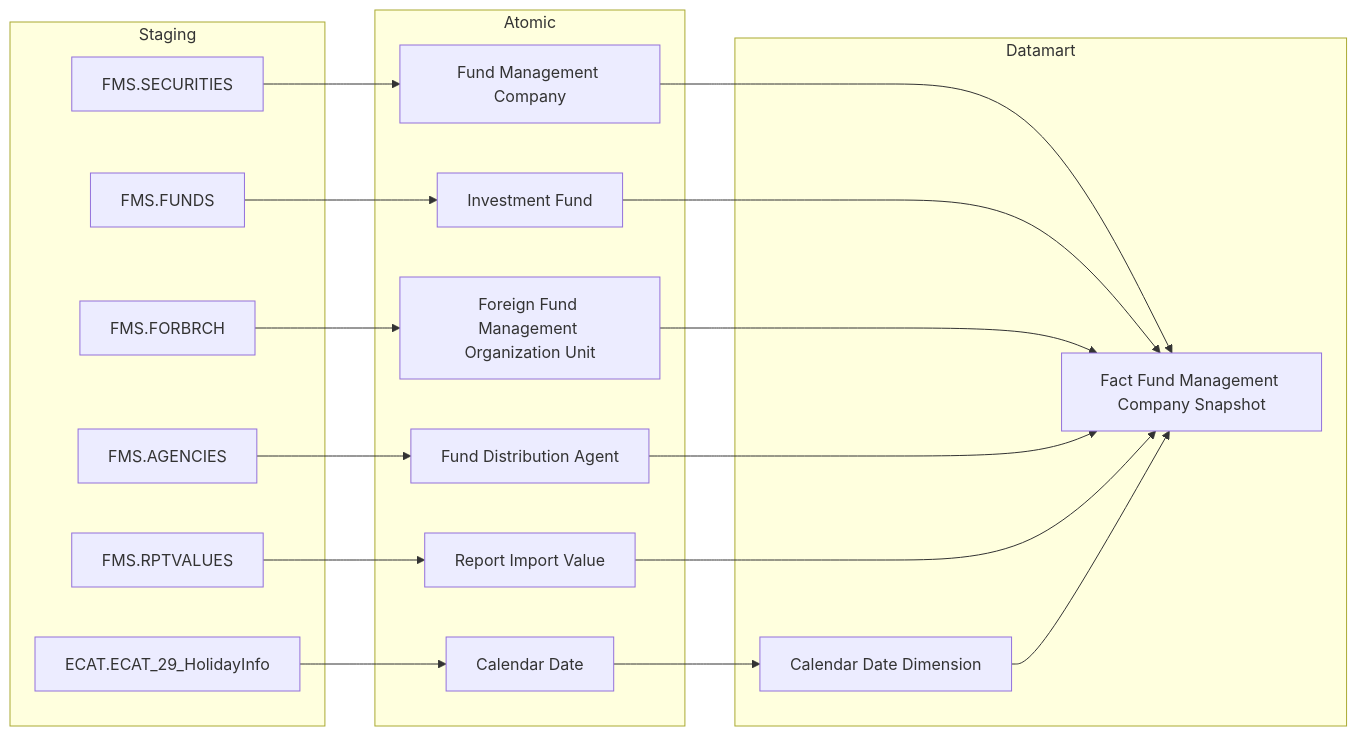
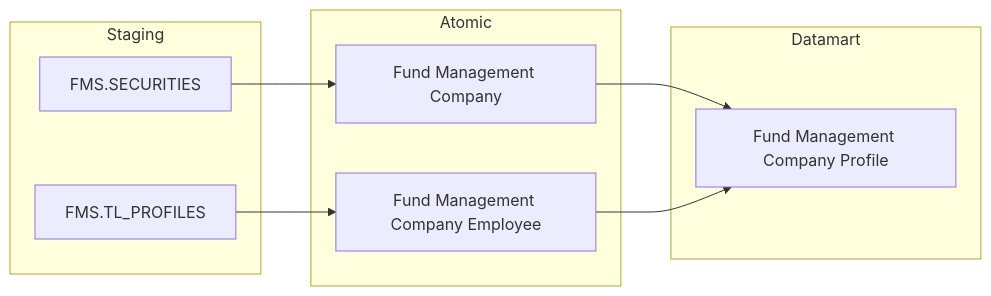
Before and after one commit to linhlvit/ubck_atomic_design: the first of 37 diagrams in Datamart/hld/DTM_FMS_HLD.md, drawn with Mermaid. The commit also changed other lines of this file and 5 other files, not shown here.

````diff
--- a/Datamart/hld/DTM_FMS_HLD.md
+++ b/Datamart/hld/DTM_FMS_HLD.md
@@ -13,41 +13,22 @@
 ```mermaid
 flowchart LR
     subgraph SRC["Staging"]
         FMS_SECURITIES["FMS.SECURITIES"]
-        FMS_FUNDS["FMS.FUNDS"]
-        FMS_FORBRCH["FMS.FORBRCH"]
-        FMS_AGENCIES["FMS.AGENCIES"]
-        FMS_RPTVALUES["FMS.RPTVALUES"]
-        ECAT_ECAT_29_HolidayInfo["ECAT.ECAT_29_HolidayInfo"]
+        FMS_TLPROFILES["FMS.TL_PROFILES"]
     end
 
     subgraph SIL["Atomic"]
         Fund_Management_Company["Fund Management Company"]
-        Investment_Fund["Investment Fund"]
-        Foreign_Fund_Management_Organization_Unit["Foreign Fund Management Organization Unit"]
-        Fund_Distribution_Agent["Fund Distribution Agent"]
-        Report_Import_Value["Report Import Value"]
-        Calendar_Date["Calendar Date"]
+        Fund_Management_Company_Employee["Fund Management Company Employee"]
     end
 
     subgraph GOLD["Datamart"]
-        fct_fms_mkt_snpst["Fact Fund Management Company Snapshot"]
-        cdr_dt_dim["Calendar Date Dimension"]
+        fnd_mgt_co_prf["Fund Management Company Profile"]
     end
 
     FMS_SECURITIES --> Fund_Management_Company
-    FMS_FUNDS --> Investment_Fund
-    FMS_FORBRCH --> Foreign_Fund_Management_Organization_Unit
-    FMS_AGENCIES --> Fund_Distribution_Agent
-    FMS_RPTVALUES --> Report_Import_Value
-    ECAT_ECAT_29_HolidayInfo --> Calendar_Date
+    FMS_TLPROFILES --> Fund_Management_Company_Employee
 
-    Fund_Management_Company --> fct_fms_mkt_snpst
-    Investment_Fund --> fct_fms_mkt_snpst
-    Foreign_Fund_Management_Organization_Unit --> fct_fms_mkt_snpst
-    Fund_Distribution_Agent --> fct_fms_mkt_snpst
-    Report_Import_Value --> fct_fms_mkt_snpst
-    Calendar_Date --> cdr_dt_dim
-
-    cdr_dt_dim --> fct_fms_mkt_snpst
+    Fund_Management_Company --> fnd_mgt_co_prf
+    Fund_Management_Company_Employee --> fnd_mgt_co_prf
 ```
````
